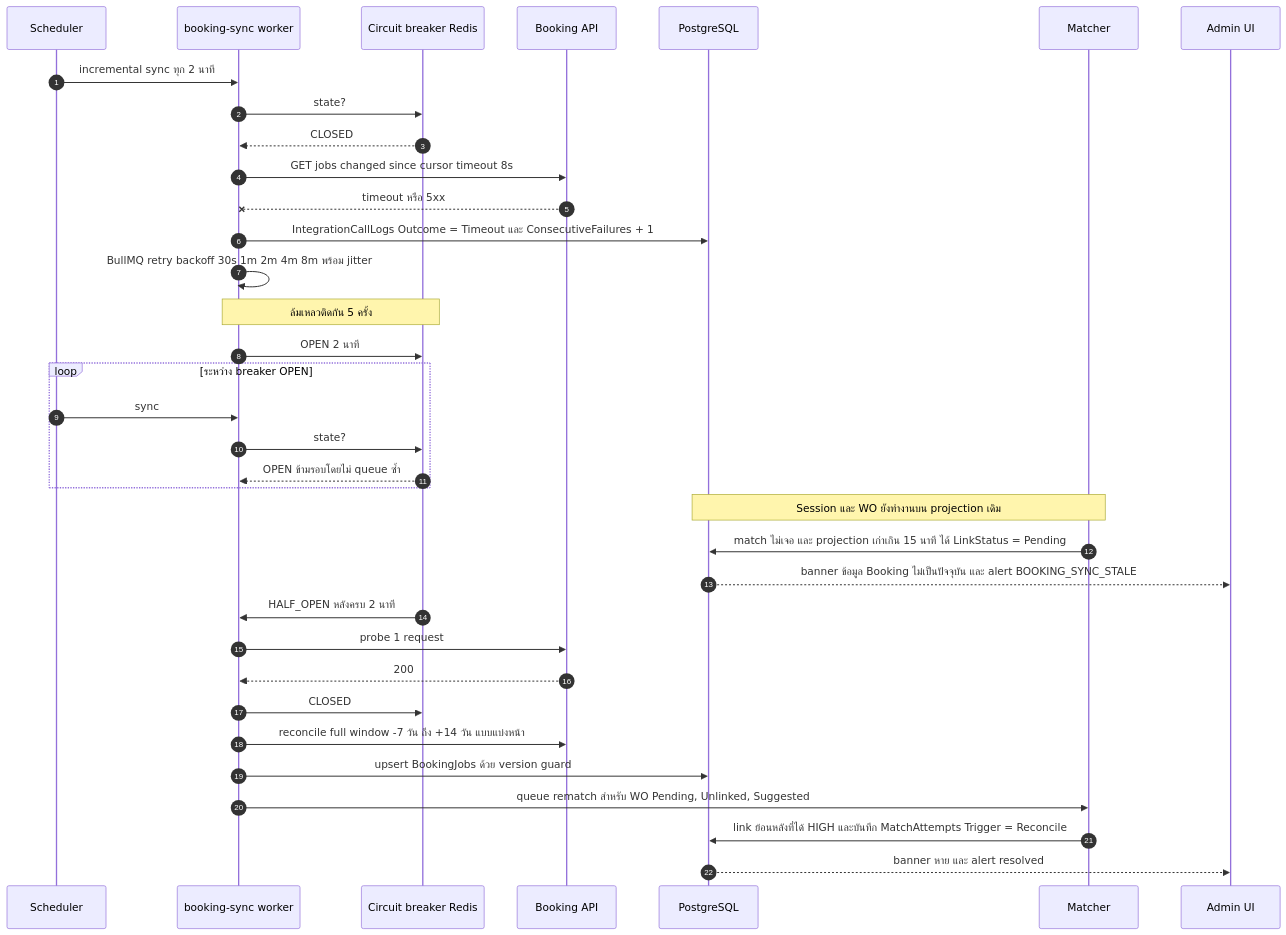
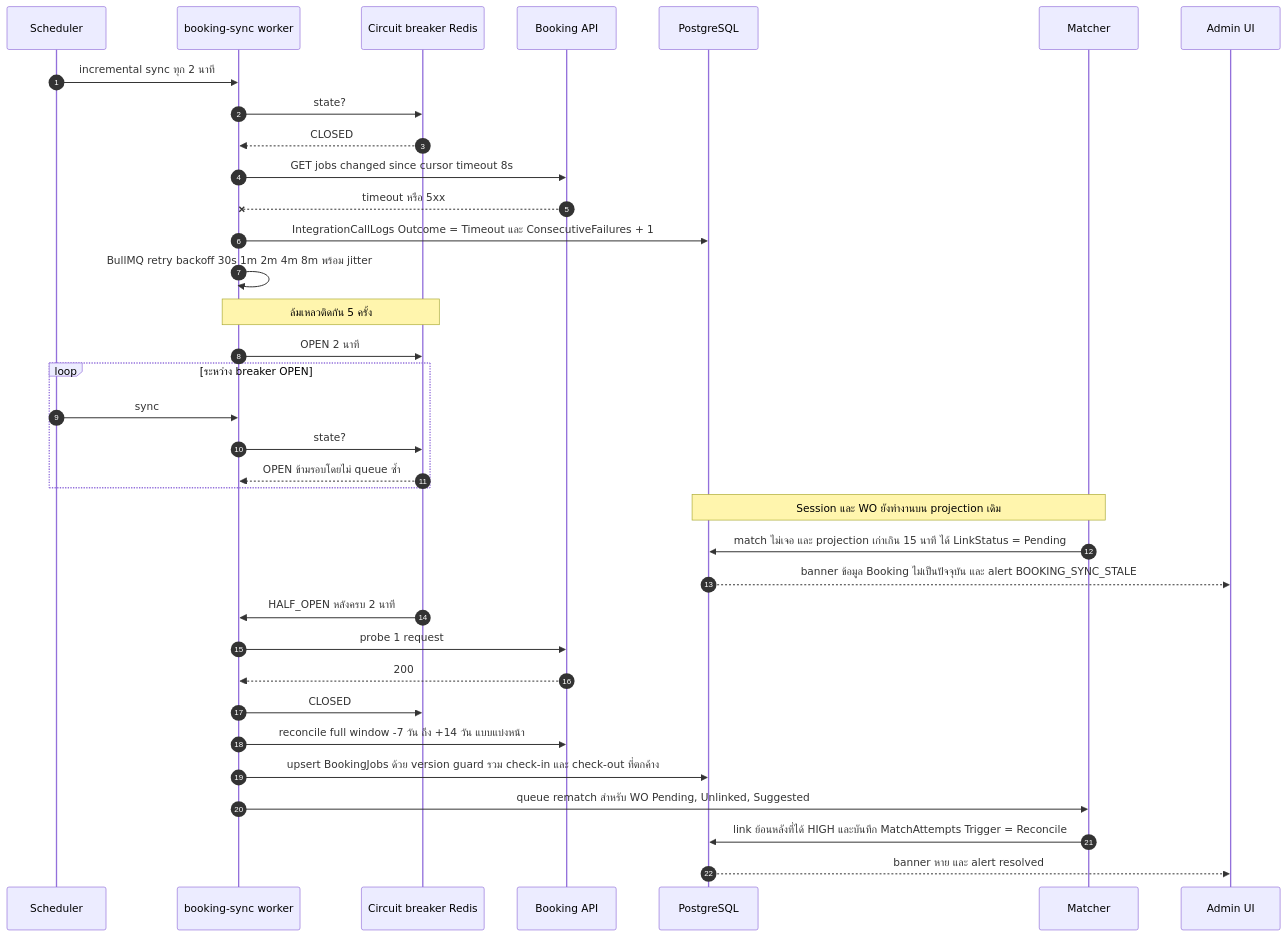
The ninth of 12 diagrams in docs/blueprint/03-business-workflows.md (b-werayut/psd-bodycam-v1.0), drawn with Mermaid before and after one commit. The commit also changed other lines of this file and 8 other files, not shown here.

````diff
--- a/docs/blueprint/03-business-workflows.md
+++ b/docs/blueprint/03-business-workflows.md
@@ -356,38 +379,38 @@
 ```mermaid
 sequenceDiagram
   autonumber
   participant SCH as Scheduler
   participant SY as booking-sync worker
   participant CB as Circuit breaker Redis
   participant BK as Booking API
   participant DB as PostgreSQL
   participant M as Matcher
   participant ADM as Admin UI
 
   SCH->>SY: incremental sync ทุก 2 นาที
   SY->>CB: state?
   CB-->>SY: CLOSED
   SY->>BK: GET jobs changed since cursor timeout 8s
   BK--xSY: timeout หรือ 5xx
   SY->>DB: IntegrationCallLogs Outcome = Timeout และ ConsecutiveFailures + 1
   SY->>SY: BullMQ retry backoff 30s 1m 2m 4m 8m พร้อม jitter
   Note over SY,CB: ล้มเหลวติดกัน 5 ครั้ง
   SY->>CB: OPEN 2 นาที
   loop ระหว่าง breaker OPEN
     SCH->>SY: sync
     SY->>CB: state?
     CB-->>SY: OPEN ข้ามรอบโดยไม่ queue ซ้ำ
   end
   Note over M,DB: Session และ WO ยังทำงานบน projection เดิม
   M->>DB: match ไม่เจอ และ projection เก่าเกิน 15 นาที ได้ LinkStatus = Pending
   DB-->>ADM: banner ข้อมูล Booking ไม่เป็นปัจจุบัน และ alert BOOKING_SYNC_STALE
   CB->>SY: HALF_OPEN หลังครบ 2 นาที
   SY->>BK: probe 1 request
   BK-->>SY: 200
   SY->>CB: CLOSED
   SY->>BK: reconcile full window -7 วัน ถึง +14 วัน แบบแบ่งหน้า
-  SY->>DB: upsert BookingJobs ด้วย version guard
+  SY->>DB: upsert BookingJobs ด้วย version guard รวม check-in และ check-out ที่ตกค้าง
   SY->>M: queue rematch สำหรับ WO Pending, Unlinked, Suggested
   M->>DB: link ย้อนหลังที่ได้ HIGH และบันทึก MatchAttempts Trigger = Reconcile
   DB-->>ADM: banner หาย และ alert resolved
 ```
````
